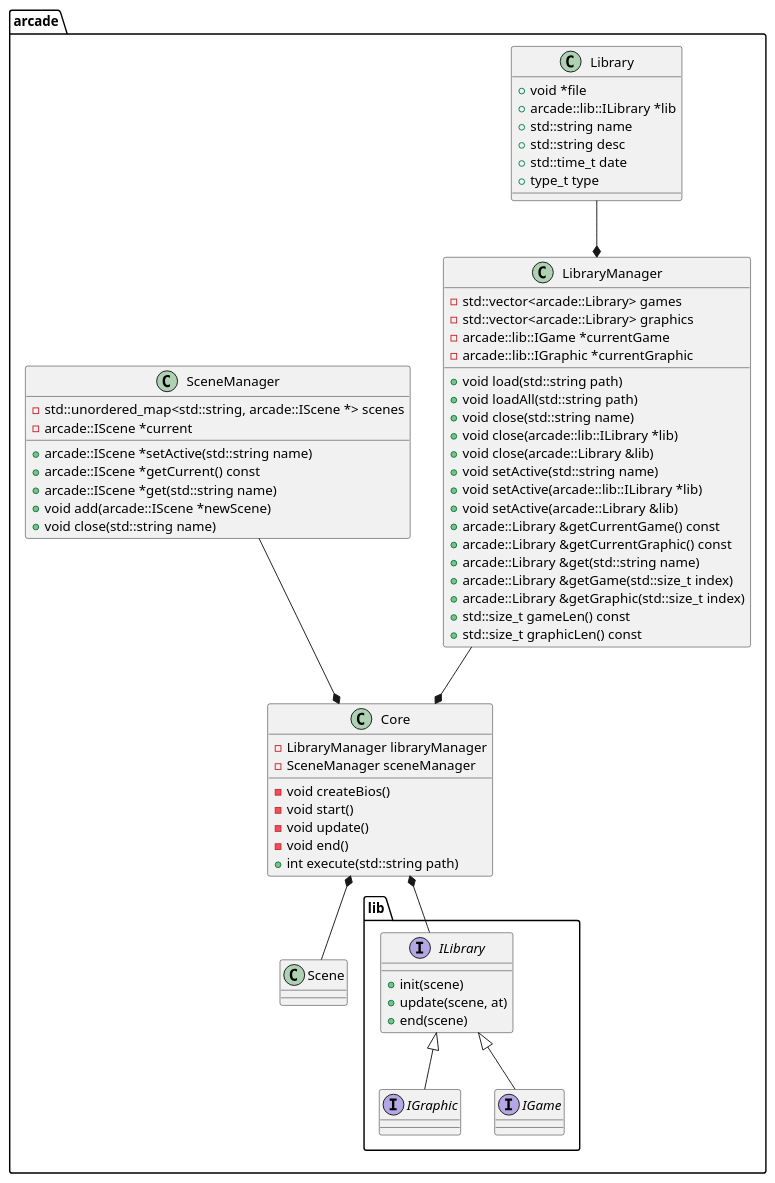
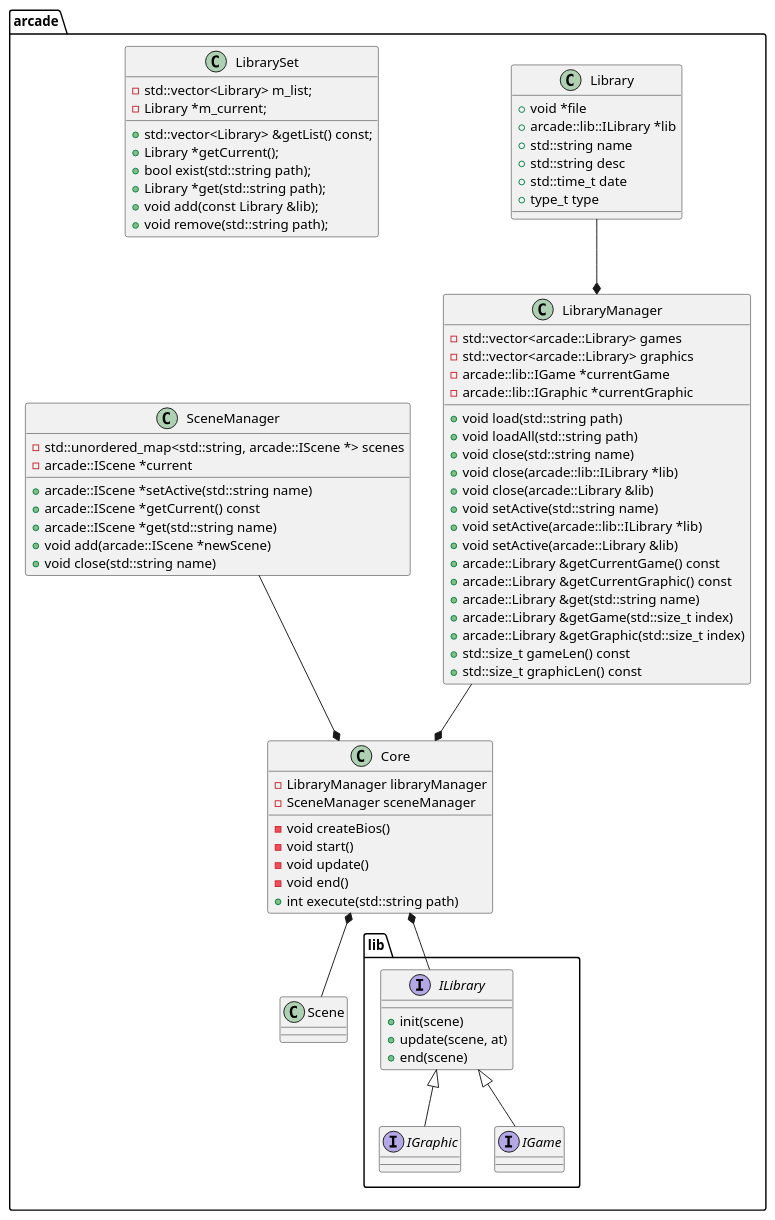
One commit to Ydos2/Arcade changed the diagram in doc/class_arcade_common.pu. Above: the diagram before and after it, drawn with PlantUML. The commit also changed 35 other files, not shown here.

```diff
--- a/doc/class_arcade_common.pu
+++ b/doc/class_arcade_common.pu
@@ -1,87 +1,98 @@
 @startuml arcade
 
 set namespaceSeparator ::
 
 namespace arcade {
 
     class Library {
         + void *file
         + arcade::lib::ILibrary *lib
         + std::string name
         + std::string desc
         + std::time_t date
         + type_t type
+    }
+
+    class LibrarySet {
+        + std::vector<Library> &getList() const;
+        + Library *getCurrent();
+        + bool exist(std::string path);
+        + Library *get(std::string path);
+        + void add(const Library &lib);
+        + void remove(std::string path);
+        - std::vector<Library> m_list;
+        - Library *m_current;
     }
 
     class LibraryManager {
         - std::vector<arcade::Library> games
         - std::vector<arcade::Library> graphics
         - arcade::lib::IGame *currentGame
         - arcade::lib::IGraphic *currentGraphic
         + void load(std::string path)
         + void loadAll(std::string path)
         + void close(std::string name)
         + void close(arcade::lib::ILibrary *lib)
         + void close(arcade::Library &lib)
         + void setActive(std::string name)
         + void setActive(arcade::lib::ILibrary *lib)
         + void setActive(arcade::Library &lib)
         + arcade::Library &getCurrentGame() const
         + arcade::Library &getCurrentGraphic() const
         + arcade::Library &get(std::string name)
         + arcade::Library &getGame(std::size_t index)
         + arcade::Library &getGraphic(std::size_t index)
         + std::size_t gameLen() const
         + std::size_t graphicLen() const
     }
 
     class SceneManager {
         - std::unordered_map<std::string, arcade::IScene *> scenes
         - arcade::IScene *current
         + arcade::IScene *setActive(std::string name)
         + arcade::IScene *getCurrent() const
         + arcade::IScene *get(std::string name)
         + void add(arcade::IScene *newScene)
         + void close(std::string name)
     }
 
     class Core {
         - LibraryManager libraryManager
         - SceneManager sceneManager
         - void createBios()
         - void start()
         - void update()
         - void end()
         + int execute(std::string path)
     }
 
     Library --* LibraryManager
     LibraryManager --* Core
     SceneManager --* Core
 
     namespace lib {
 
         interface ILibrary {
             + init(scene)
             + update(scene, at)
             + end(scene)
         }
 
         interface IGraphic {
         }
 
         interface IGame {
         }
 
     }
 
     class Scene
 
     arcade::lib::ILibrary -up-* arcade::Core
     arcade::lib::IGraphic -up-|> arcade::lib::ILibrary
     arcade::lib::IGame -up-|> arcade::lib::ILibrary
     arcade::Scene -up-* arcade::Core
 
 }
 
 @enduml
```
